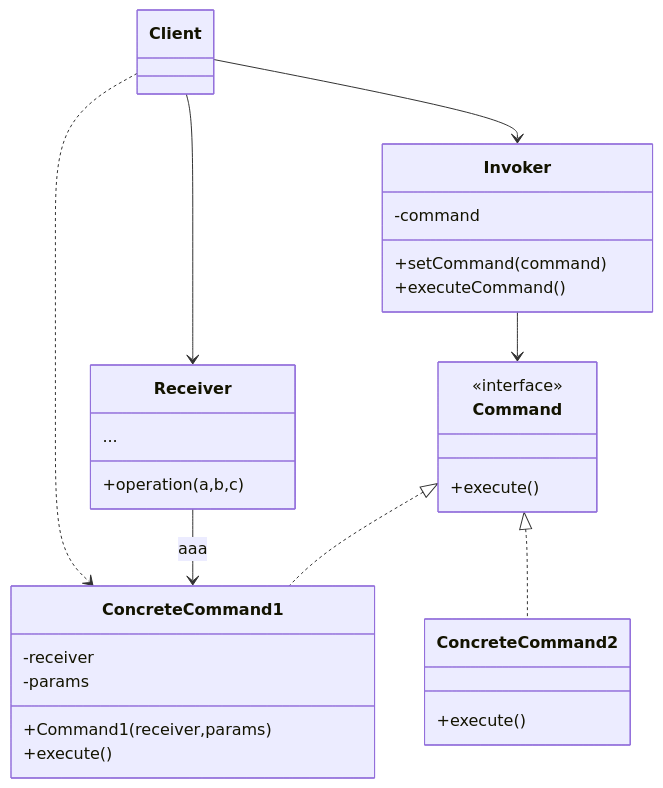
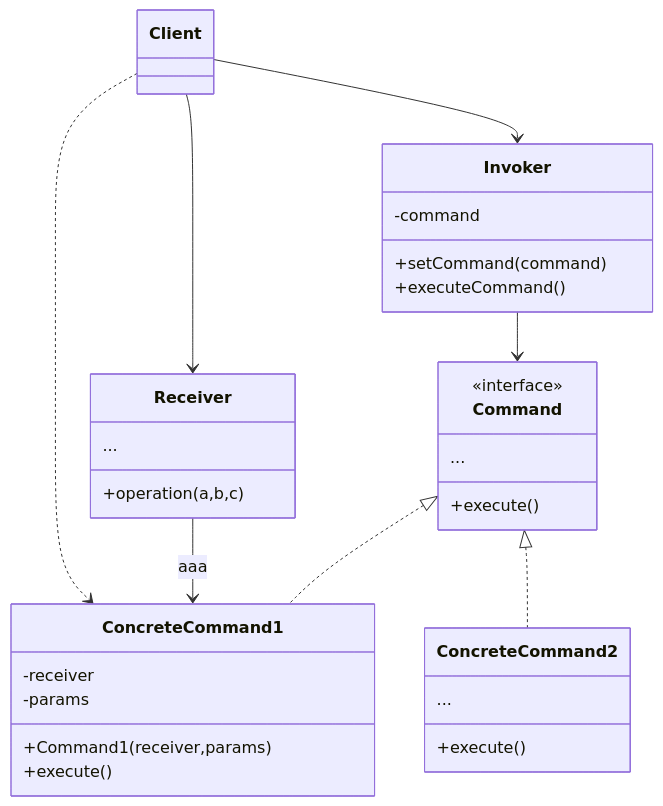
One commit to corbeau217/cpp_opengl_vehicles changed the fourth of 10 diagrams in docs/docs_03_designables_suppliment_01.md. Above: the diagram before and after it, drawn with Mermaid. The commit also changed other lines of this file and 1 other file, not shown here.

Commit message:
completed the design pattern uml diagrams

````diff
--- a/docs/docs_03_designables_suppliment_01.md
+++ b/docs/docs_03_designables_suppliment_01.md
@@ -153,35 +154,37 @@
 ```mermaid
 classDiagram
     direction TB
     class Client
     class Invoker{
         -command
         +setCommand(command)
         +executeCommand()
     }
     class Command{
         <<interface>>
+        ...
         +execute()
     }
     class Receiver {
         ...
         +operation(a,b,c)
     }
     class ConcreteCommand1{
         -receiver
         -params
         +Command1(receiver,params)
         +execute()
     }
     class ConcreteCommand2{
+        ...
         +execute()
     }
     Command <|.. ConcreteCommand1
     Command <|.. ConcreteCommand2
     Client ..> ConcreteCommand1
     Client --> Receiver
     Receiver --> ConcreteCommand1 :  aaa
     Client --> Invoker
     Invoker --> Command
 
 ```
````
